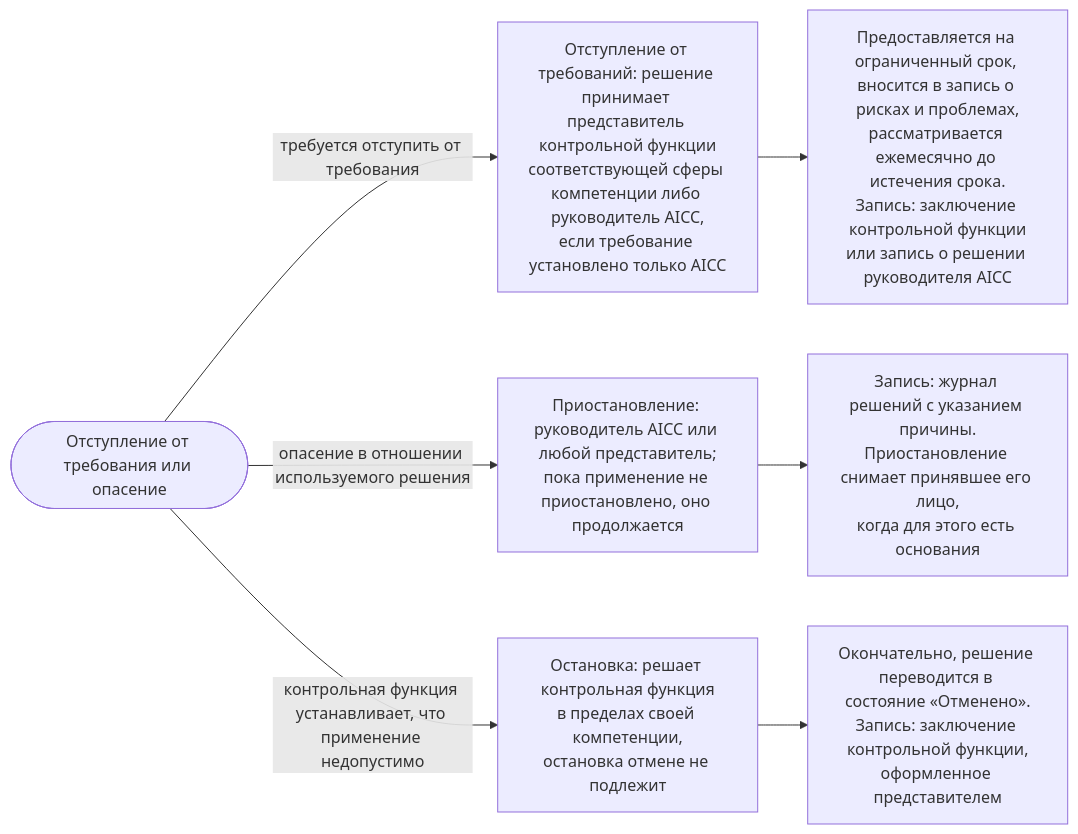
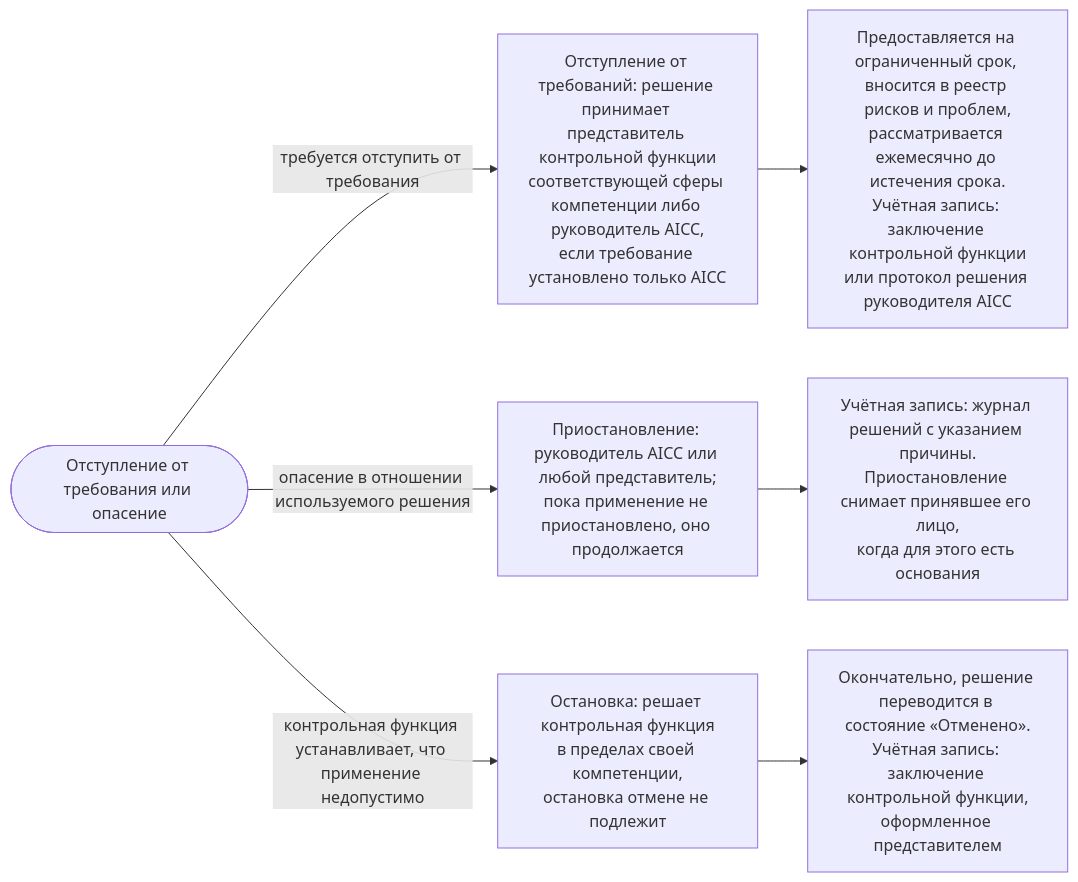
The third of 3 diagrams in charter/ru/workflows/ai-risk-control.md (devhogu/ob-aicc), drawn with Mermaid before and after one commit. The commit also changed other lines of this file and 370 other files, not shown here.

````diff
--- a/charter/ru/workflows/ai-risk-control.md
+++ b/charter/ru/workflows/ai-risk-control.md
@@ -95,10 +95,10 @@
 ```mermaid
 flowchart LR
   EV(["Отступление от требования или опасение"])
   EV -->|"требуется отступить от требования"| X1["Отступление от требований: решение принимает представитель контрольной функции<br/>соответствующей сферы компетенции либо руководитель AICC,<br/>если требование установлено только AICC"]
-  X1 --> X2["Предоставляется на ограниченный срок, вносится в запись о рисках и проблемах,<br/>рассматривается ежемесячно до истечения срока.<br/>Запись: заключение контрольной функции<br/>или запись о решении руководителя AICC"]
+  X1 --> X2["Предоставляется на ограниченный срок, вносится в реестр рисков и проблем,<br/>рассматривается ежемесячно до истечения срока.<br/>Учётная запись: заключение контрольной функции<br/>или протокол решения руководителя AICC"]
   EV -->|"опасение в отношении используемого решения"| S1["Приостановление: руководитель AICC или любой представитель;<br/>пока применение не приостановлено, оно продолжается"]
-  S1 --> S2["Запись: журнал решений с указанием причины.<br/>Приостановление снимает принявшее его лицо,<br/>когда для этого есть основания"]
+  S1 --> S2["Учётная запись: журнал решений с указанием причины.<br/>Приостановление снимает принявшее его лицо,<br/>когда для этого есть основания"]
   EV -->|"контрольная функция устанавливает, что применение недопустимо"| T1["Остановка: решает контрольная функция<br/>в пределах своей компетенции,<br/>остановка отмене не подлежит"]
-  T1 --> T2["Окончательно, решение переводится в состояние «Отменено».<br/>Запись: заключение контрольной функции,<br/>оформленное представителем"]
+  T1 --> T2["Окончательно, решение переводится в состояние «Отменено».<br/>Учётная запись: заключение контрольной функции,<br/>оформленное представителем"]
 ```
````
